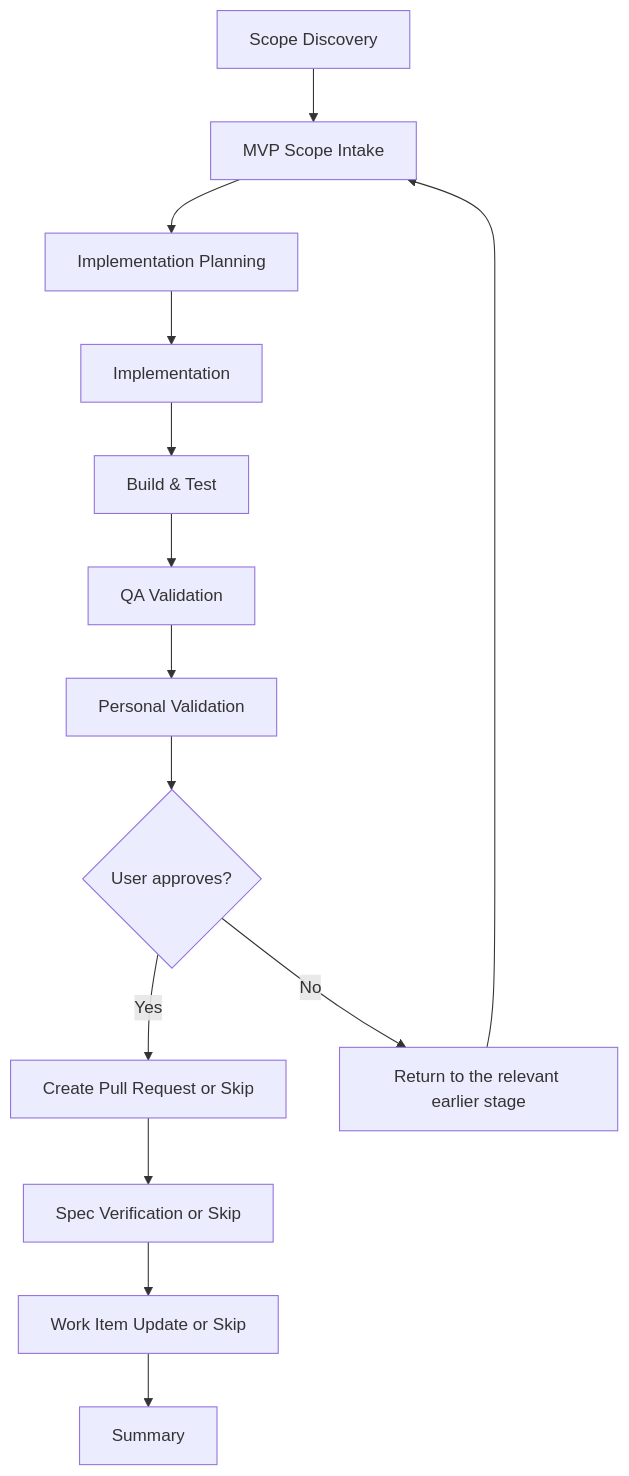
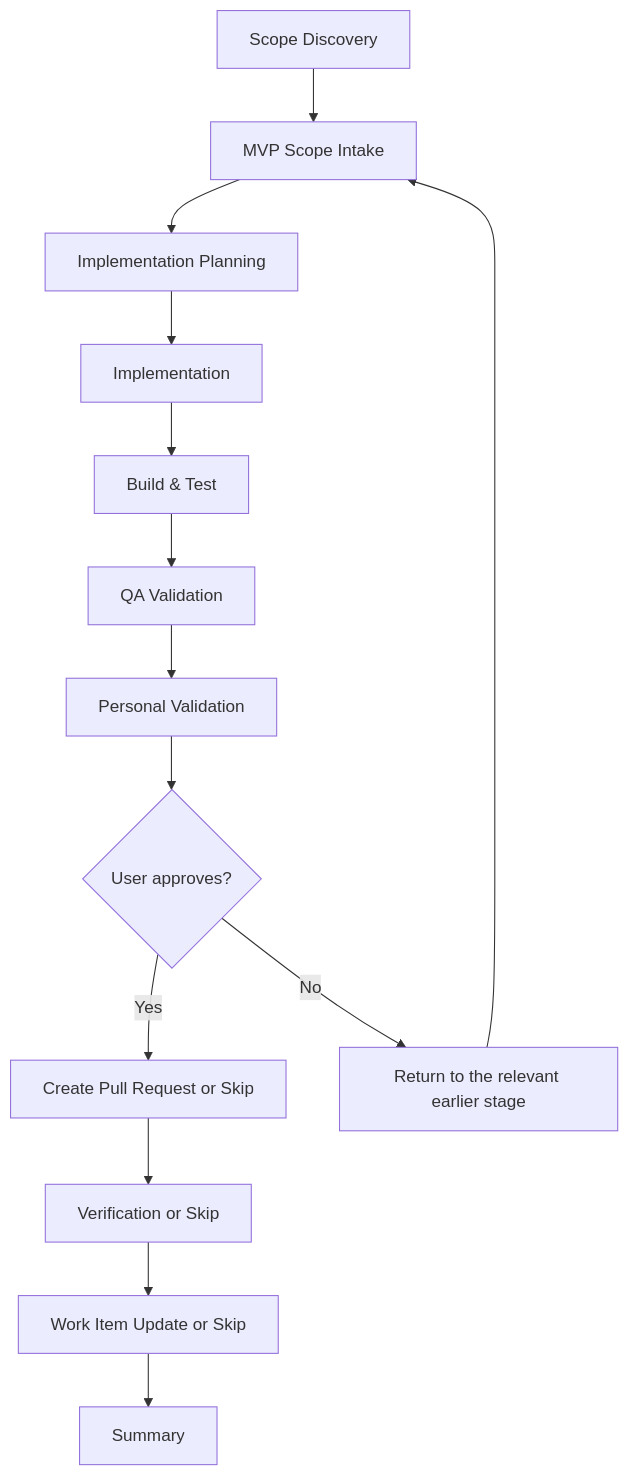
One commit to JSdotNet/devbook changed the third of 16 diagrams in plugins/delivery/FLOW-DIAGRAMS.md. Above: the diagram before and after it, drawn with Mermaid. The commit also changed other lines of this file and 30 other files, not shown here.

````diff
--- a/plugins/delivery/FLOW-DIAGRAMS.md
+++ b/plugins/delivery/FLOW-DIAGRAMS.md
@@ -85,16 +85,16 @@
 ```mermaid
 flowchart TD
     S["Scope Discovery"] --> A["MVP Scope Intake"]
     A --> B["Implementation Planning"]
     B --> C["Implementation"]
     C --> D["Build & Test"]
     D --> E["QA Validation"]
     E --> F["Personal Validation"]
     F --> G{User approves?}
     G -->|Yes| H["Create Pull Request or Skip"]
     G -->|No| I["Return to the relevant earlier stage"]
     I --> A
-    H --> DU["Spec Verification or Skip"]
+    H --> DU["Verification or Skip"]
     DU --> U["Work Item Update or Skip"]
     U --> J["Summary"]
 ```
````
